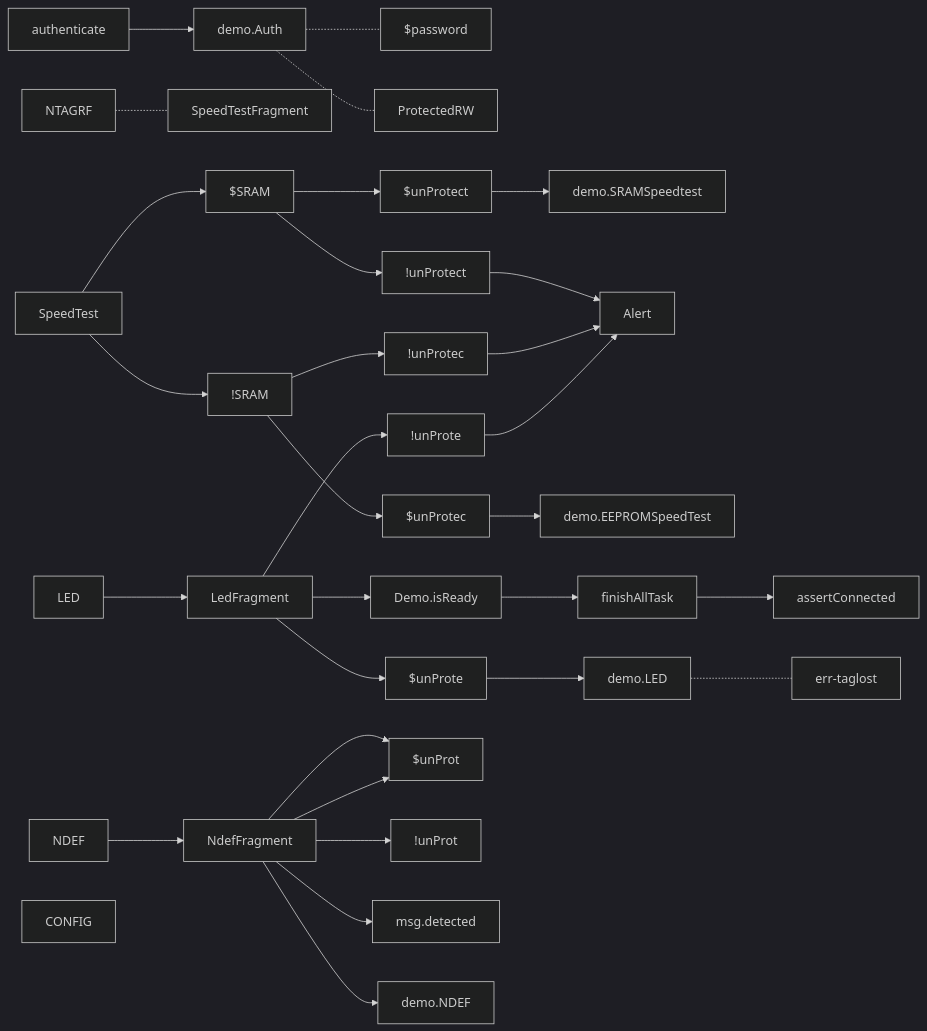
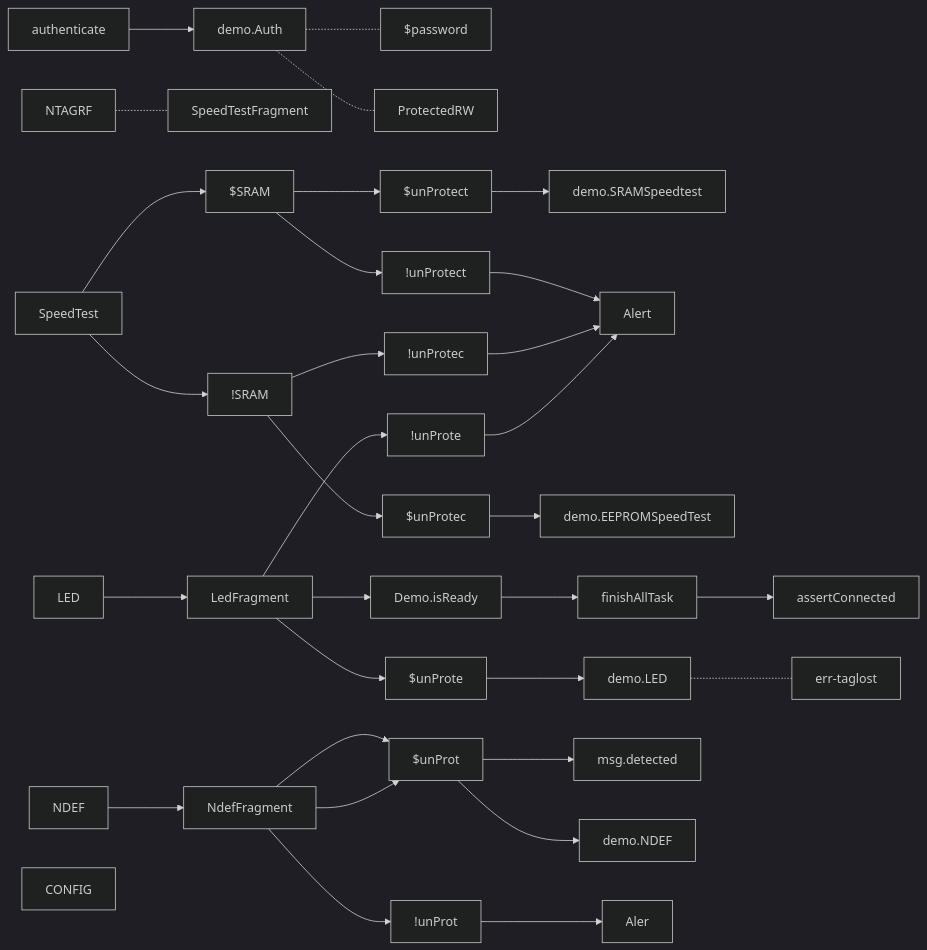
One commit to gordianknotC/nxp_note changed the fifth of 5 diagrams in nxp/MainActivity.md. Above: the diagram before and after it, drawn with Mermaid (dark theme). The commit also changed other lines of this file, not shown here.

Commit message:
nxp/MainActivity.md updated from https://stackedit.io/

````diff
--- a/nxp/MainActivity.md
+++ b/nxp/MainActivity.md
@@ -56,46 +56,45 @@
 ```mermaid
 graph LR
 authenticate --> demo.Auth
 demo.Auth -.- $password
 demo.Auth -.- ProtectedRW
 
 
 
 NTAGRF -.- SpeedTestFragment
 SpeedTest --> $SRAM
 SpeedTest --> !SRAM
 $SRAM --> $unProtect
 $SRAM --> !unProtect
 $unProtect--> demo.SRAMSpeedtest
 !unProtect--> Alert
 !SRAM --> $unProtec
 !SRAM --> !unProtec
 $unProtec --> demo.EEPROMSpeedTest
 !unProtec --> Alert
 
 
 LED --> LedFragment
 LedFragment --> Demo.isReady
 Demo.isReady --> finishAllTask
 finishAllTask --> assertConnected
 LedFragment --> $unProte
 LedFragment --> !unProte
 $unProte --> demo.LED
 demo.LED -.- err-taglost
 !unProte --> Alert
 
 
 NDEF --> NdefFragment
 NdefFragment --> $unProt
 NdefFragment --> !unProt
-
-NdefFragment --> msg.detected
-NdefFragment --> demo.NDEF
-
+$unProt--> msg.detected
+$unProt--> demo.NDEF
+!unProt --> Aler
 
 NdefFragment --> $unProt
 
 
 
 CONFIG
 ```
````
